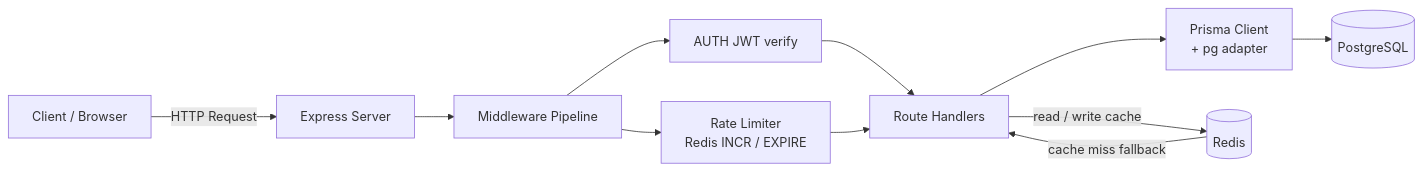
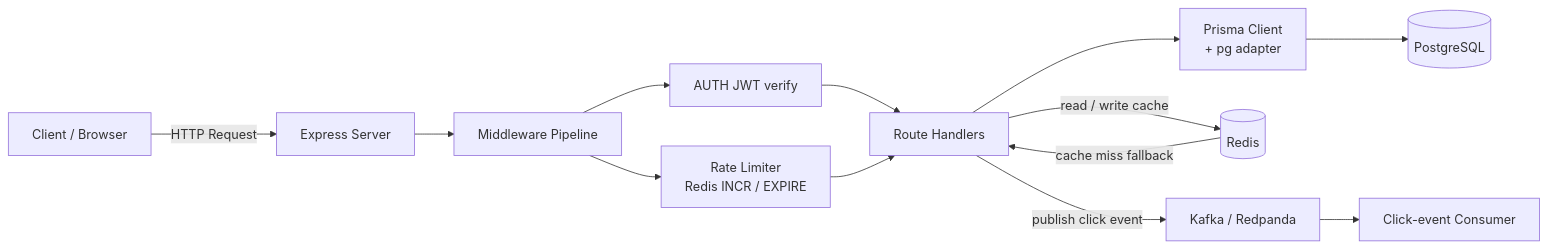
Before and after one commit to ojaswi-bhar45/URL-Shorten: the first of 2 diagrams in url-shorten-b/architecture.md, drawn with Mermaid. The commit also changed other lines of this file and 2 other files, not shown here.

Commit message:
feat: implement click tracking via Kafka events for redirects

````diff
--- a/url-shorten-b/architecture.md
+++ b/url-shorten-b/architecture.md
@@ -34,13 +35,15 @@
 ```mermaid
 flowchart LR
     Client[Client / Browser] -->|HTTP Request| Express[Express Server]
     Express --> MW[Middleware Pipeline]
     MW --> Auth[AUTH JWT verify]
     MW --> Rate[Rate Limiter<br/>Redis INCR / EXPIRE]
     Auth --> Routes[Route Handlers]
     Rate --> Routes
     Routes --> Prisma[Prisma Client<br/>+ pg adapter]
     Prisma --> PG[(PostgreSQL)]
     Routes -->|read / write cache| Redis[(Redis)]
     Redis -->|cache miss fallback| Routes
+    Routes -->|publish click event| Kafka[Kafka / Redpanda]
+    Kafka --> Consumer[Click-event Consumer]
 ```
````
